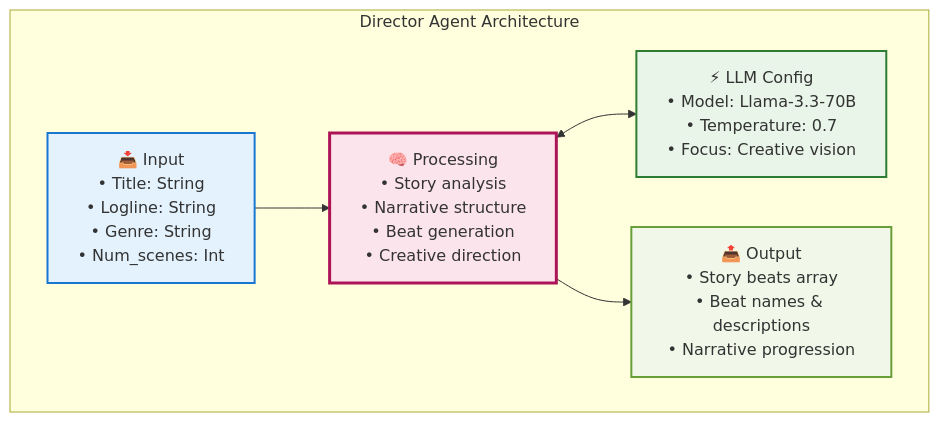
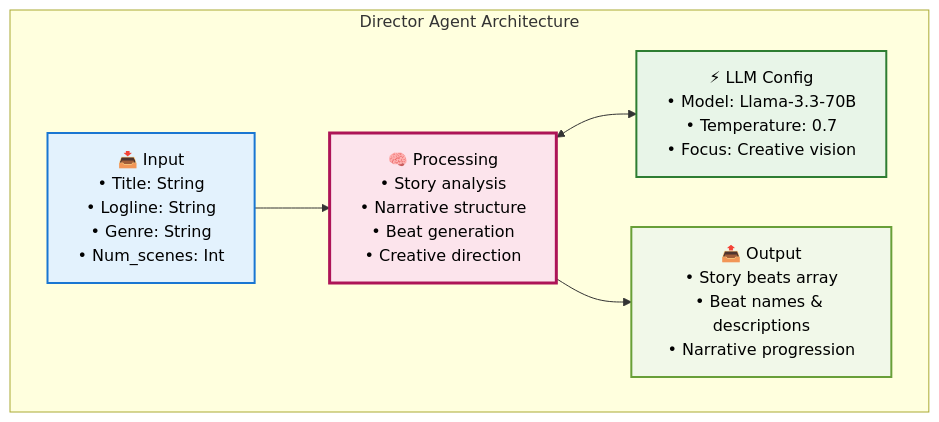
One commit to drMy5tery/Movie-Scene-Creator changed the fourth of 13 diagrams in movie-mas/Presentation/Movie-Scene-Creator-Presentation.md. Above: the diagram before and after it, drawn with Mermaid. The commit also changed other lines of this file, not shown here.

````diff
--- a/movie-mas/Presentation/Movie-Scene-Creator-Presentation.md
+++ b/movie-mas/Presentation/Movie-Scene-Creator-Presentation.md
@@ -275,21 +275,21 @@
 ```mermaid
 graph TB
     subgraph "Director Agent Architecture"
         INPUT[📥 Input<br/>• Title: String<br/>• Logline: String<br/>• Genre: String<br/>• Num_scenes: Int]
         
         PROCESS[🧠 Processing<br/>• Story analysis<br/>• Narrative structure<br/>• Beat generation<br/>• Creative direction]
         
         LLM[⚡ LLM Config<br/>• Model: Llama-3.3-70B<br/>• Temperature: 0.7<br/>• Focus: Creative vision]
         
         OUTPUT[📤 Output<br/>• Story beats array<br/>• Beat names & descriptions<br/>• Narrative progression]
         
         INPUT --> PROCESS
         PROCESS <--> LLM
         PROCESS --> OUTPUT
         
-        style INPUT fill:#e3f2fd,stroke:#1976d2,stroke-width:2px
-        style PROCESS fill:#fce4ec,stroke:#ad1457,stroke-width:3px
-        style LLM fill:#e8f5e8,stroke:#2e7d32,stroke-width:2px
-        style OUTPUT fill:#f1f8e9,stroke:#689f38,stroke-width:2px
+        style INPUT fill:#e3f2fd,stroke:#1976d2,stroke-width:2px,color:#000000
+        style PROCESS fill:#fce4ec,stroke:#ad1457,stroke-width:3px,color:#000000
+        style LLM fill:#e8f5e8,stroke:#2e7d32,stroke-width:2px,color:#000000
+        style OUTPUT fill:#f1f8e9,stroke:#689f38,stroke-width:2px,color:#000000
     end
 ```
````
